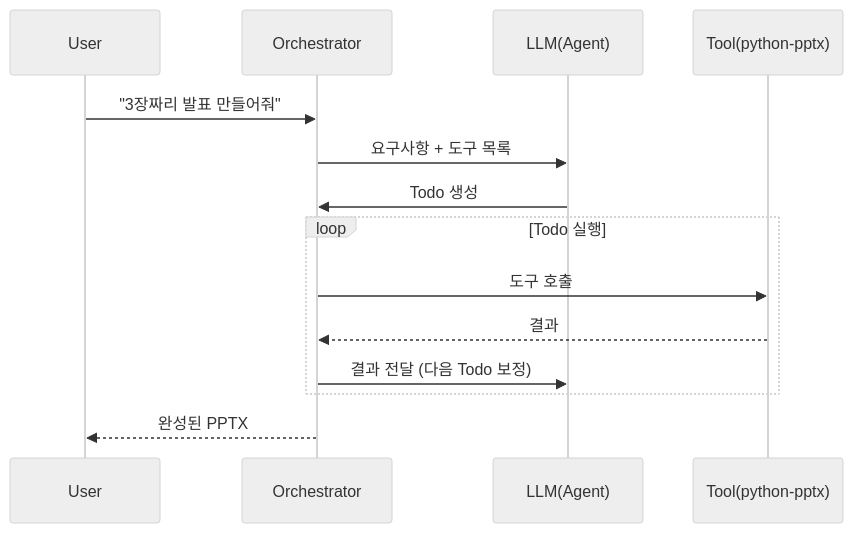
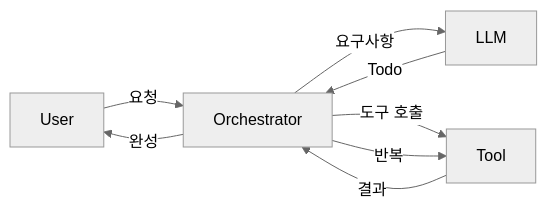
Before and after one commit to Kanghyeop/pages-book-agent101: the seventh of 15 diagrams in 02-literacy/23-product.md, drawn with Mermaid (neutral theme). The commit also changed 3 other files, not shown here.

First line of the commit message:
Mermaid 호환성 수정 동기화

````diff
--- a/02-literacy/23-product.md
+++ b/02-literacy/23-product.md
@@ -154,17 +154,10 @@
 ```mermaid
-sequenceDiagram
-    participant U as User
-    participant O as Orchestrator
-    participant L as LLM(Agent)
-    participant T as Tool(python-pptx)
-
-    U->>O: "3장짜리 발표 만들어줘"
-    O->>L: 요구사항 + 도구 목록
-    L->>O: Todo 생성
-    loop Todo 실행
-        O->>T: 도구 호출
-        T-->>O: 결과
-        O->>L: 결과 전달 (다음 Todo 보정)
-    end
-    O-->>U: 완성된 PPTX
+flowchart LR
+    U[User] -->|요청| O[Orchestrator]
+    O -->|요구사항| L[LLM]
+    L -->|Todo| O
+    O -->|도구 호출| T[Tool]
+    T -->|결과| O
+    O -->|반복| T
+    O -->|완성| U
 ```
````
